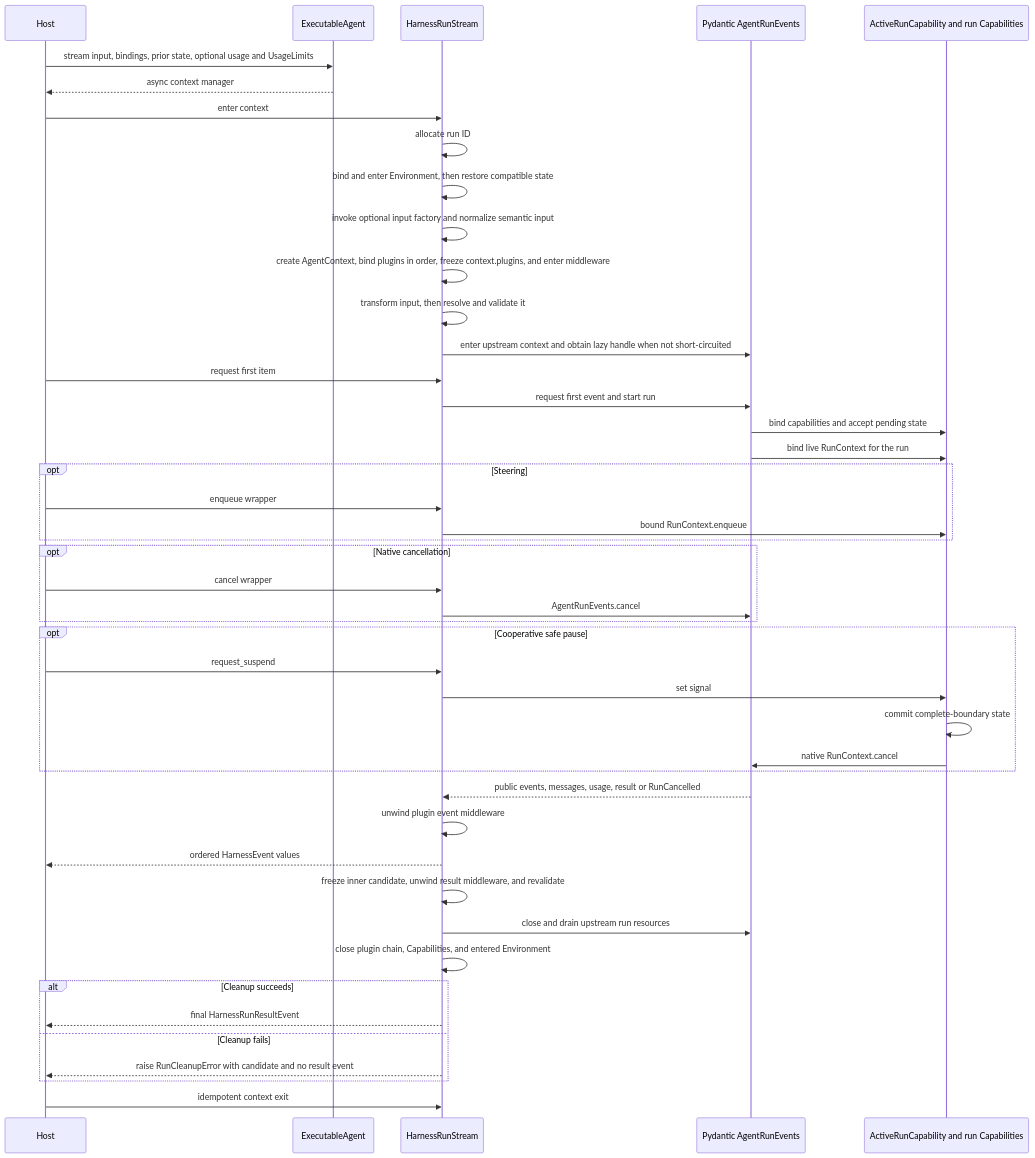
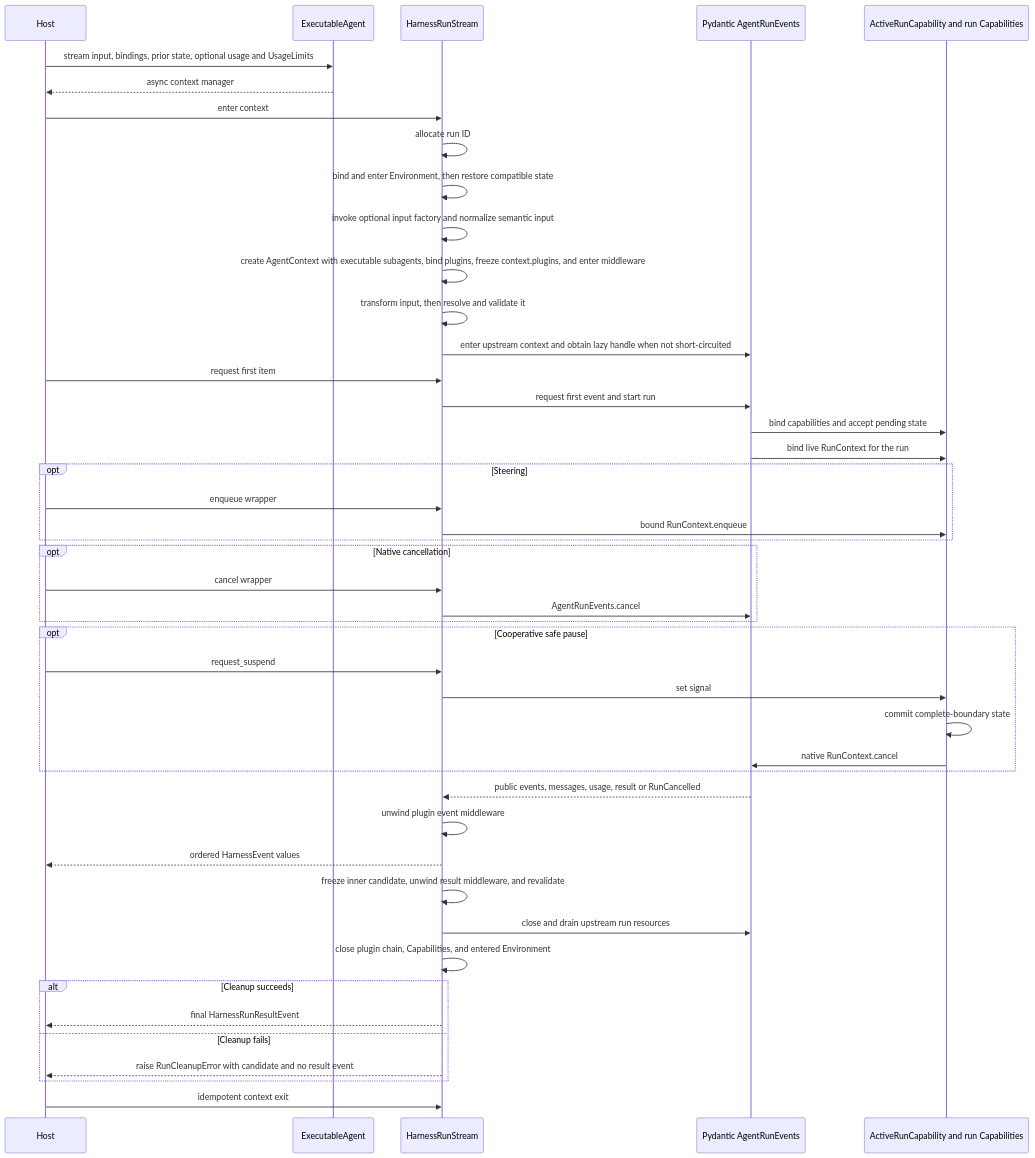
One commit to LTThreeComma/agent-foundation changed the second of 2 diagrams in spec/agent-harness/14-public-api-and-packaging.md. Above: the diagram before and after it, drawn with Mermaid. The commit also changed other lines of this file and 19 other files, not shown here.

````diff
--- a/spec/agent-harness/14-public-api-and-packaging.md
+++ b/spec/agent-harness/14-public-api-and-packaging.md
@@ -234,48 +251,48 @@
 ```mermaid
 sequenceDiagram
     participant Host
     participant Exec as ExecutableAgent
     participant Stream as HarnessRunStream
     participant Handle as Pydantic AgentRunEvents
     participant Cap as ActiveRunCapability and run Capabilities
 
     Host->>Exec: stream input, bindings, prior state, optional usage and UsageLimits
     Exec-->>Host: async context manager
     Host->>Stream: enter context
     Stream->>Stream: allocate run ID
     Stream->>Stream: bind and enter Environment, then restore compatible state
     Stream->>Stream: invoke optional input factory and normalize semantic input
-    Stream->>Stream: create AgentContext, bind plugins in order, freeze context.plugins, and enter middleware
+    Stream->>Stream: create AgentContext with executable subagents, bind plugins, freeze context.plugins, and enter middleware
     Stream->>Stream: transform input, then resolve and validate it
     Stream->>Handle: enter upstream context and obtain lazy handle when not short-circuited
     Host->>Stream: request first item
     Stream->>Handle: request first event and start run
     Handle->>Cap: bind capabilities and accept pending state
     Handle->>Cap: bind live RunContext for the run
     opt Steering
         Host->>Stream: enqueue wrapper
         Stream->>Cap: bound RunContext.enqueue
     end
     opt Native cancellation
         Host->>Stream: cancel wrapper
         Stream->>Handle: AgentRunEvents.cancel
     end
     opt Cooperative safe pause
         Host->>Stream: request_suspend
         Stream->>Cap: set signal
         Cap->>Cap: commit complete-boundary state
         Cap->>Handle: native RunContext.cancel
     end
     Handle-->>Stream: public events, messages, usage, result or RunCancelled
     Stream->>Stream: unwind plugin event middleware
     Stream-->>Host: ordered HarnessEvent values
     Stream->>Stream: freeze inner candidate, unwind result middleware, and revalidate
     Stream->>Handle: close and drain upstream run resources
     Stream->>Stream: close plugin chain, Capabilities, and entered Environment
     alt Cleanup succeeds
         Stream-->>Host: final HarnessRunResultEvent
     else Cleanup fails
         Stream-->>Host: raise RunCleanupError with candidate and no result event
     end
     Host->>Stream: idempotent context exit
 ```
````
